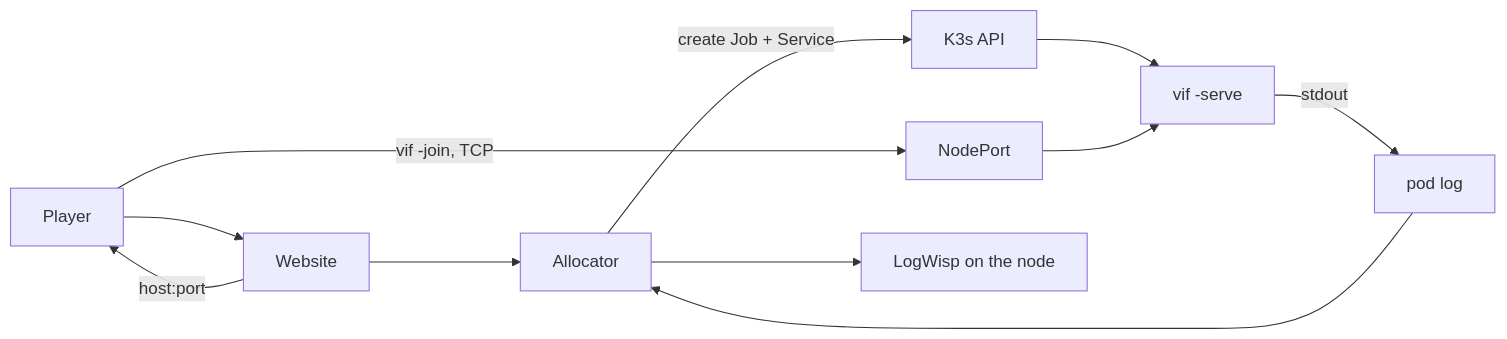
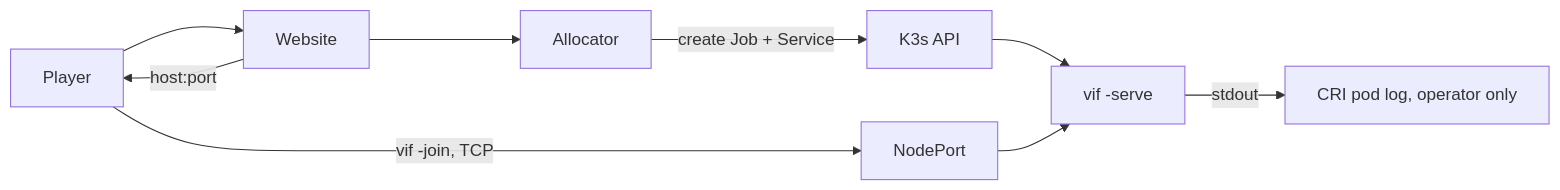
Before and after one commit to lixenwraith/vi-fighter: the diagram in doc/kubernetes-fleet.md, drawn with Mermaid. The commit also changed other lines of this file and 13 other files, not shown here.

````diff
--- a/doc/kubernetes-fleet.md
+++ b/doc/kubernetes-fleet.md
@@ -35,10 +34,10 @@
 ```mermaid
 flowchart LR
     Player["Player"] --> Site["Website"]
     Site --> Alloc["Allocator"]
     Alloc -->|"create Job + Service"| API["K3s API"]
     API --> Pod["vif -serve"]
     Site -->|"host:port"| Player
     Player -->|"vif -join, TCP"| NP["NodePort"] --> Pod
-    Pod -->|"stdout"| Logs["pod log"] --> Alloc --> Wisp["LogWisp on the node"]
+    Pod -->|"stdout"| Logs["CRI pod log, operator only"]
 ```
````
